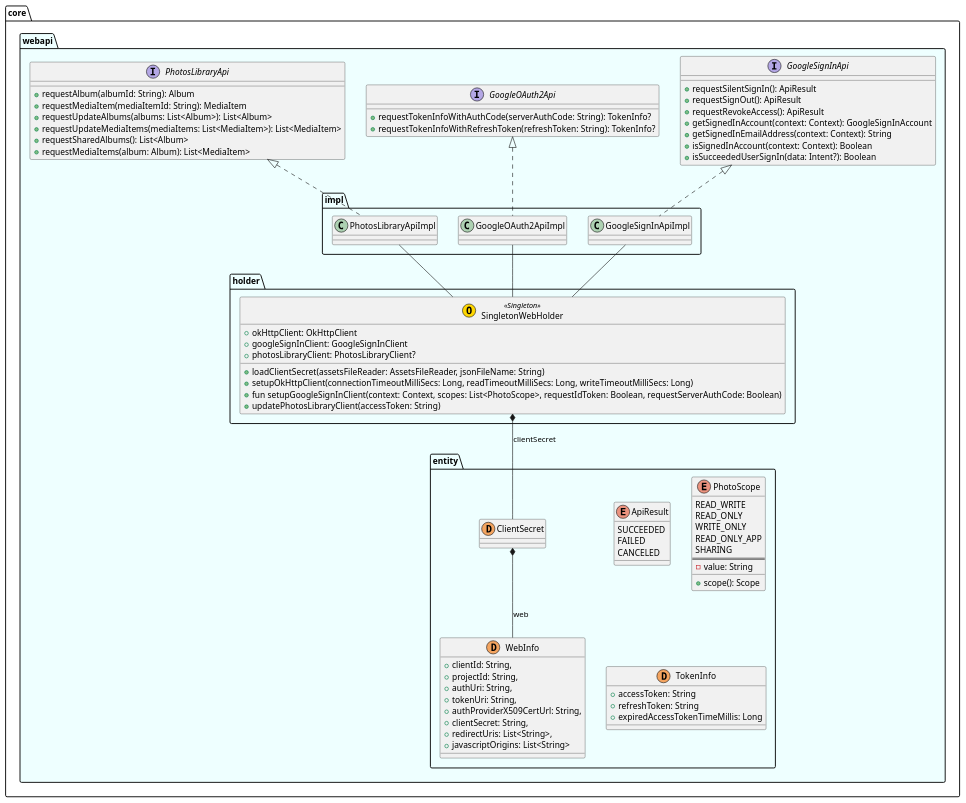
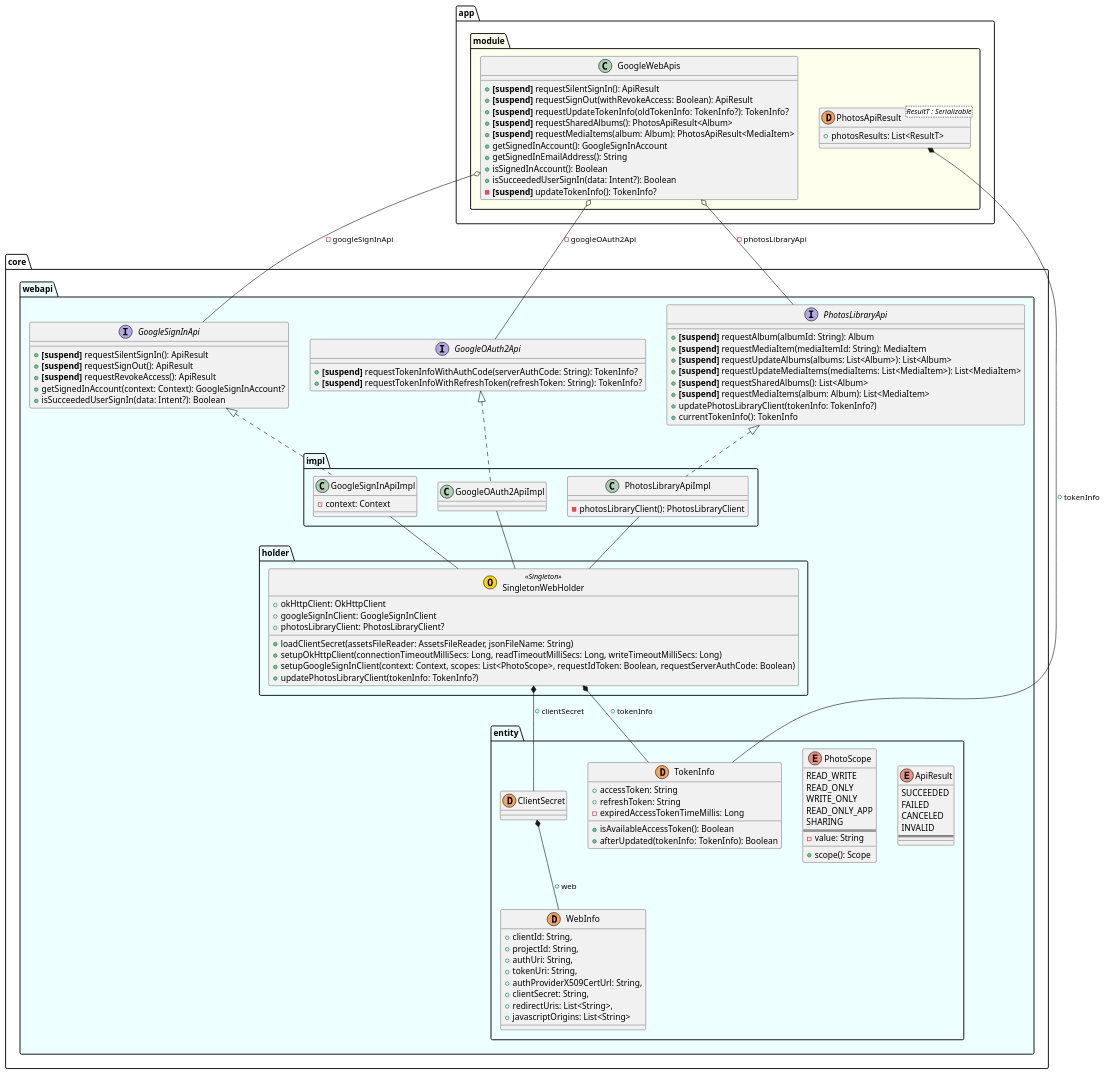
One commit to sallyluenoa/PhotoSlideShow changed the diagram in uml/webapi/class_diagram_webapi.md. Above: the diagram before and after it, drawn with PlantUML. The commit also changed 12 other files, not shown here.

First line of the commit message:
Write UML for design #13

```diff
--- a/uml/webapi/class_diagram_webapi.md
+++ b/uml/webapi/class_diagram_webapi.md
@@ -6,6 +6,9 @@
       SUCCEEDED
       FAILED
       CANCELED
+      INVALID
+      ==
+      __
     }
     enum PhotoScope {
       READ_WRITE
@@ -32,10 +35,12 @@
     class TokenInfo << (D, sandybrown) >> {
       + accessToken: String
       + refreshToken: String
-      + expiredAccessTokenTimeMillis: Long
+      - expiredAccessTokenTimeMillis: Long
+      + isAvailableAccessToken(): Boolean
+      + afterUpdated(tokenInfo: TokenInfo): Boolean
     }
 
-    ClientSecret *-- WebInfo: web
+    ClientSecret *-- WebInfo: + web
   }
 
   namespace holder {
@@ -43,44 +48,67 @@
       + okHttpClient: OkHttpClient
       + googleSignInClient: GoogleSignInClient
       + photosLibraryClient: PhotosLibraryClient?
-
       + loadClientSecret(assetsFileReader: AssetsFileReader, jsonFileName: String)
       + setupOkHttpClient(connectionTimeoutMilliSecs: Long, readTimeoutMilliSecs: Long, writeTimeoutMilliSecs: Long)
-      + fun setupGoogleSignInClient(context: Context, scopes: List<PhotoScope>, requestIdToken: Boolean, requestServerAuthCode: Boolean)
-      + updatePhotosLibraryClient(accessToken: String)
+      + setupGoogleSignInClient(context: Context, scopes: List<PhotoScope>, requestIdToken: Boolean, requestServerAuthCode: Boolean)
+      + updatePhotosLibraryClient(tokenInfo: TokenInfo?)
     }
   }
 
   namespace impl {
-    class GoogleSignInApiImpl
+    class GoogleSignInApiImpl {
+      - context: Context
+    }
     class GoogleOAuth2ApiImpl
-    class PhotosLibraryApiImpl
+    class PhotosLibraryApiImpl {
+      - photosLibraryClient(): PhotosLibraryClient
+    }
   }
 
   interface GoogleSignInApi {
-    + requestSilentSignIn(): ApiResult
-    + requestSignOut(): ApiResult
-    + requestRevokeAccess(): ApiResult
-    + getSignedInAccount(context: Context): GoogleSignInAccount
-    + getSignedInEmailAddress(context: Context): String
-    + isSignedInAccount(context: Context): Boolean
+    + <B>[suspend]</B> requestSilentSignIn(): ApiResult
+    + <B>[suspend]</B> requestSignOut(): ApiResult
+    + <B>[suspend]</B> requestRevokeAccess(): ApiResult
+    + getSignedInAccount(context: Context): GoogleSignInAccount?
     + isSucceededUserSignIn(data: Intent?): Boolean
   }
   interface GoogleOAuth2Api {
-    + requestTokenInfoWithAuthCode(serverAuthCode: String): TokenInfo?
-    + requestTokenInfoWithRefreshToken(refreshToken: String): TokenInfo?
+    + <B>[suspend]</B> requestTokenInfoWithAuthCode(serverAuthCode: String): TokenInfo?
+    + <B>[suspend]</B> requestTokenInfoWithRefreshToken(refreshToken: String): TokenInfo?
   }
   interface PhotosLibraryApi {
-    + requestAlbum(albumId: String): Album
-    + requestMediaItem(mediaItemId: String): MediaItem
-    + requestUpdateAlbums(albums: List<Album>): List<Album>
-    + requestUpdateMediaItems(mediaItems: List<MediaItem>): List<MediaItem>
-    + requestSharedAlbums(): List<Album>
-    + requestMediaItems(album: Album): List<MediaItem>
+    + <B>[suspend]</B> requestAlbum(albumId: String): Album
+    + <B>[suspend]</B> requestMediaItem(mediaItemId: String): MediaItem
+    + <B>[suspend]</B> requestUpdateAlbums(albums: List<Album>): List<Album>
+    + <B>[suspend]</B> requestUpdateMediaItems(mediaItems: List<MediaItem>): List<MediaItem>
+    + <B>[suspend]</B> requestSharedAlbums(): List<Album>
+    + <B>[suspend]</B> requestMediaItems(album: Album): List<MediaItem>
+    + updatePhotosLibraryClient(tokenInfo: TokenInfo?)
+    + currentTokenInfo(): TokenInfo
   }
 }
 
-core.webapi.holder.SingletonWebHolder *-- core.webapi.entity.ClientSecret: clientSecret
+namespace app.module #FFFFEE {
+  class PhotosApiResult<ResultT : Serializable> << (D, sandybrown) >> {
+    + photosResults: List<ResultT>
+  }
+  class GoogleWebApis {
+    + <B>[suspend]</B> requestSilentSignIn(): ApiResult
+    + <B>[suspend]</B> requestSignOut(withRevokeAccess: Boolean): ApiResult
+    + <B>[suspend]</B> requestUpdateTokenInfo(oldTokenInfo: TokenInfo?): TokenInfo?
+    + <B>[suspend]</B> requestSharedAlbums(): PhotosApiResult<Album>
+    + <B>[suspend]</B> requestMediaItems(album: Album): PhotosApiResult<MediaItem>
+    + getSignedInAccount(): GoogleSignInAccount
+    + getSignedInEmailAddress(): String
+    + isSignedInAccount(): Boolean
+    + isSucceededUserSignIn(data: Intent?): Boolean
+    - <B>[suspend]</B> updateTokenInfo(): TokenInfo?
+  }
+}
+
+app.module.PhotosApiResult *-- core.webapi.entity.TokenInfo: + tokenInfo
+core.webapi.holder.SingletonWebHolder *-- core.webapi.entity.TokenInfo: + tokenInfo
+core.webapi.holder.SingletonWebHolder *-- core.webapi.entity.ClientSecret: + clientSecret
 
 core.webapi.impl.GoogleSignInApiImpl -- core.webapi.holder.SingletonWebHolder
 core.webapi.impl.GoogleOAuth2ApiImpl -- core.webapi.holder.SingletonWebHolder
@@ -90,4 +118,7 @@
 core.webapi.GoogleOAuth2Api <|.. core.webapi.impl.GoogleOAuth2ApiImpl
 core.webapi.PhotosLibraryApi <|.. core.webapi.impl.PhotosLibraryApiImpl
 
+app.module.GoogleWebApis o-- core.webapi.GoogleSignInApi: - googleSignInApi
+app.module.GoogleWebApis o-- core.webapi.GoogleOAuth2Api: - googleOAuth2Api
+app.module.GoogleWebApis o-- core.webapi.PhotosLibraryApi: - photosLibraryApi
 @enduml
```
